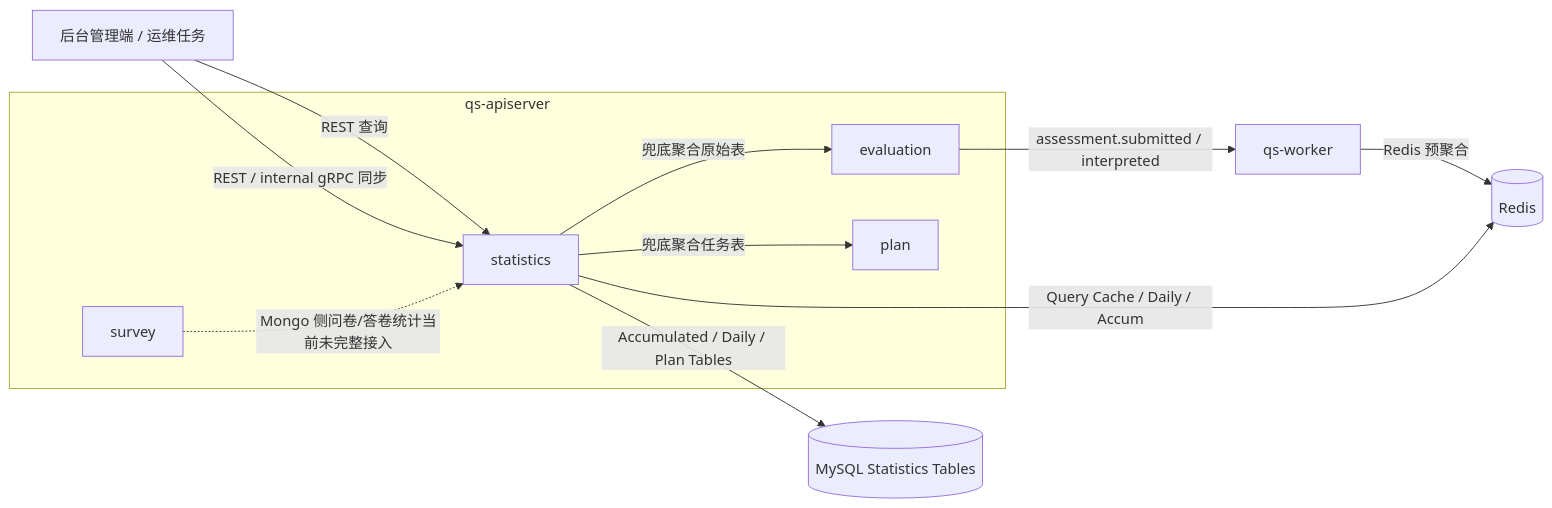
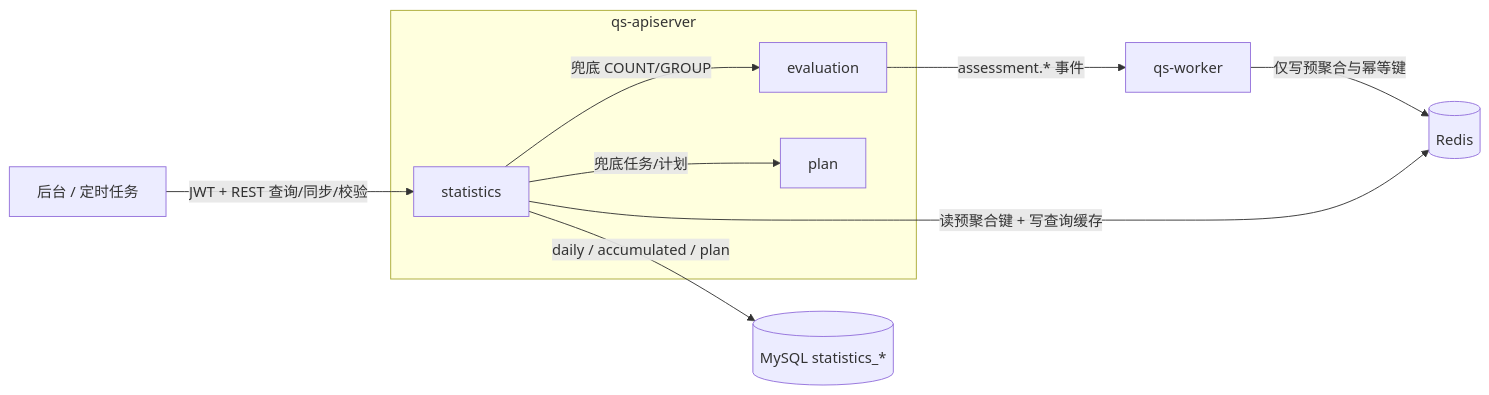
Before and after one commit to FangcunMount/qs-server: the first of 5 diagrams in docs/02-业务模块/06-statistics.md, drawn with Mermaid. The commit also changed other lines of this file and 34 other files, not shown here.

````diff
--- a/docs/02-业务模块/06-statistics.md
+++ b/docs/02-业务模块/06-statistics.md
@@ -44,24 +48,21 @@
 ```mermaid
 flowchart LR
-    admin[后台管理端 / 运维任务]
+    admin[后台 / 定时任务]
     worker[qs-worker]
     redis[(Redis)]
-    mysql[(MySQL Statistics Tables)]
+    mysql[(MySQL statistics_*)]
 
     subgraph apiserver[qs-apiserver]
-        survey[survey]
         evaluation[evaluation]
         plan[plan]
         statistics[statistics]
     end
 
-    evaluation -->|assessment.submitted / interpreted| worker
-    worker -->|Redis 预聚合| redis
-    admin -->|REST 查询| statistics
-    admin -->|REST / internal gRPC 同步| statistics
-    statistics -->|Query Cache / Daily / Accum| redis
-    statistics -->|Accumulated / Daily / Plan Tables| mysql
-    statistics -->|兜底聚合原始表| evaluation
-    statistics -->|兜底聚合任务表| plan
-    survey -. Mongo 侧问卷/答卷统计当前未完整接入 .-> statistics
+    evaluation -->|assessment.* 事件| worker
+    worker -->|仅写预聚合与幂等键| redis
+    admin -->|JWT + REST 查询/同步/校验| statistics
+    statistics -->|读预聚合键 + 写查询缓存| redis
+    statistics -->|daily / accumulated / plan| mysql
+    statistics -->|兜底 COUNT/GROUP| evaluation
+    statistics -->|兜底任务/计划| plan
 ```
````
